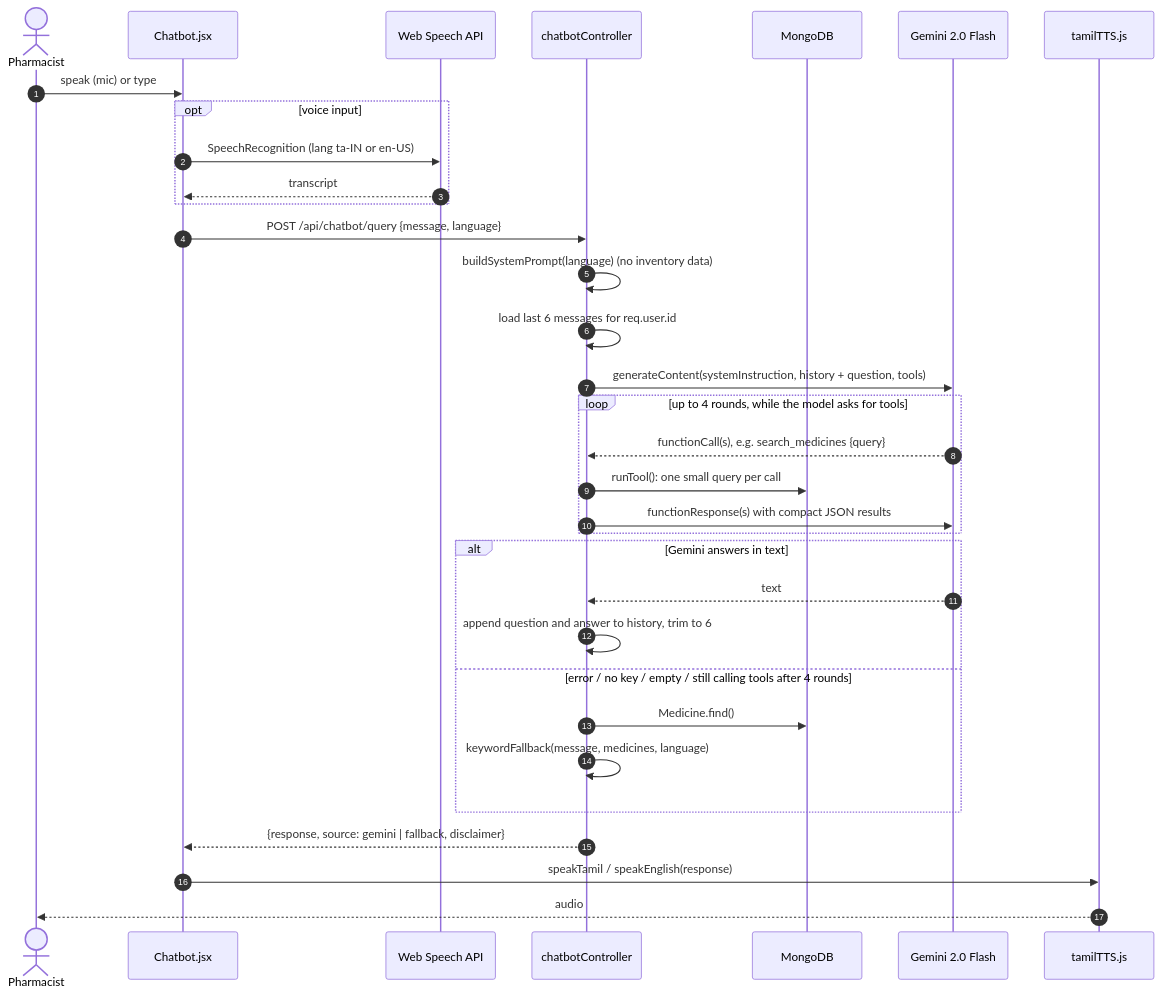
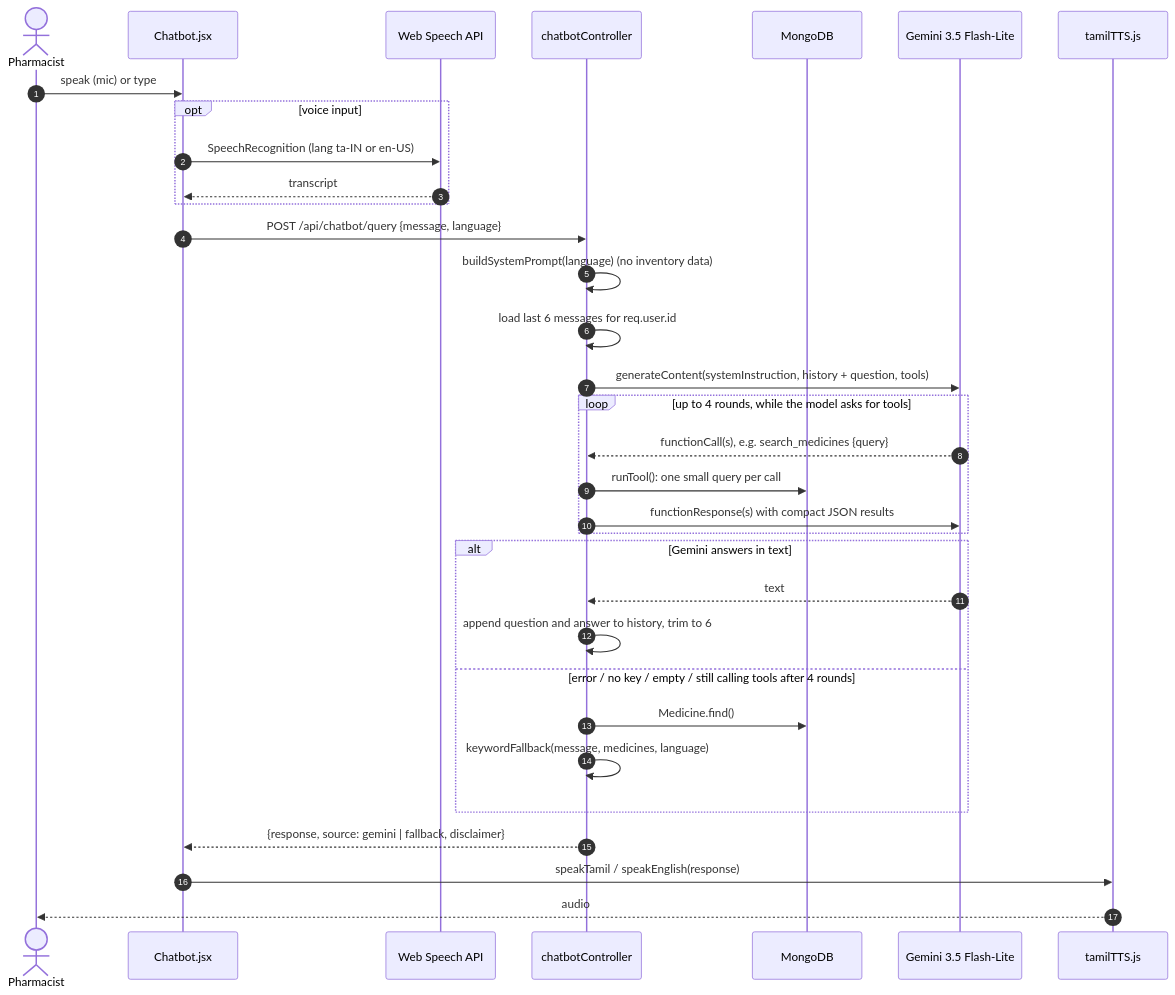
One commit to USER1043/MediStock_AI changed the diagram in docs/chatbot.md. Above: the diagram before and after it, drawn with Mermaid. The commit also changed other lines of this file and 7 other files, not shown here.

First line of the commit message:
fix(chatbot): default to gemini-3.5-flash-lite

````diff
--- a/docs/chatbot.md
+++ b/docs/chatbot.md
@@ -9,36 +9,36 @@
 ```mermaid
 sequenceDiagram
     autonumber
     actor U as Pharmacist
     participant W as Chatbot.jsx
     participant STT as Web Speech API
     participant API as chatbotController
     participant DB as MongoDB
-    participant G as Gemini 2.0 Flash
+    participant G as Gemini 3.5 Flash-Lite
     participant TTS as tamilTTS.js
 
     U->>W: speak (mic) or type
     opt voice input
         W->>STT: SpeechRecognition (lang ta-IN or en-US)
         STT-->>W: transcript
     end
     W->>API: POST /api/chatbot/query {message, language}
     API->>API: buildSystemPrompt(language) (no inventory data)
     API->>API: load last 6 messages for req.user.id
     API->>G: generateContent(systemInstruction, history + question, tools)
     loop up to 4 rounds, while the model asks for tools
         G-->>API: functionCall(s), e.g. search_medicines {query}
         API->>DB: runTool(): one small query per call
         API->>G: functionResponse(s) with compact JSON results
     end
     alt Gemini answers in text
         G-->>API: text
         API->>API: append question and answer to history, trim to 6
     else error / no key / empty / still calling tools after 4 rounds
         API->>DB: Medicine.find()
         API->>API: keywordFallback(message, medicines, language)
     end
     API-->>W: {response, source: gemini | fallback, disclaimer}
     W->>TTS: speakTamil / speakEnglish(response)
     TTS-->>U: audio
 ```
````
